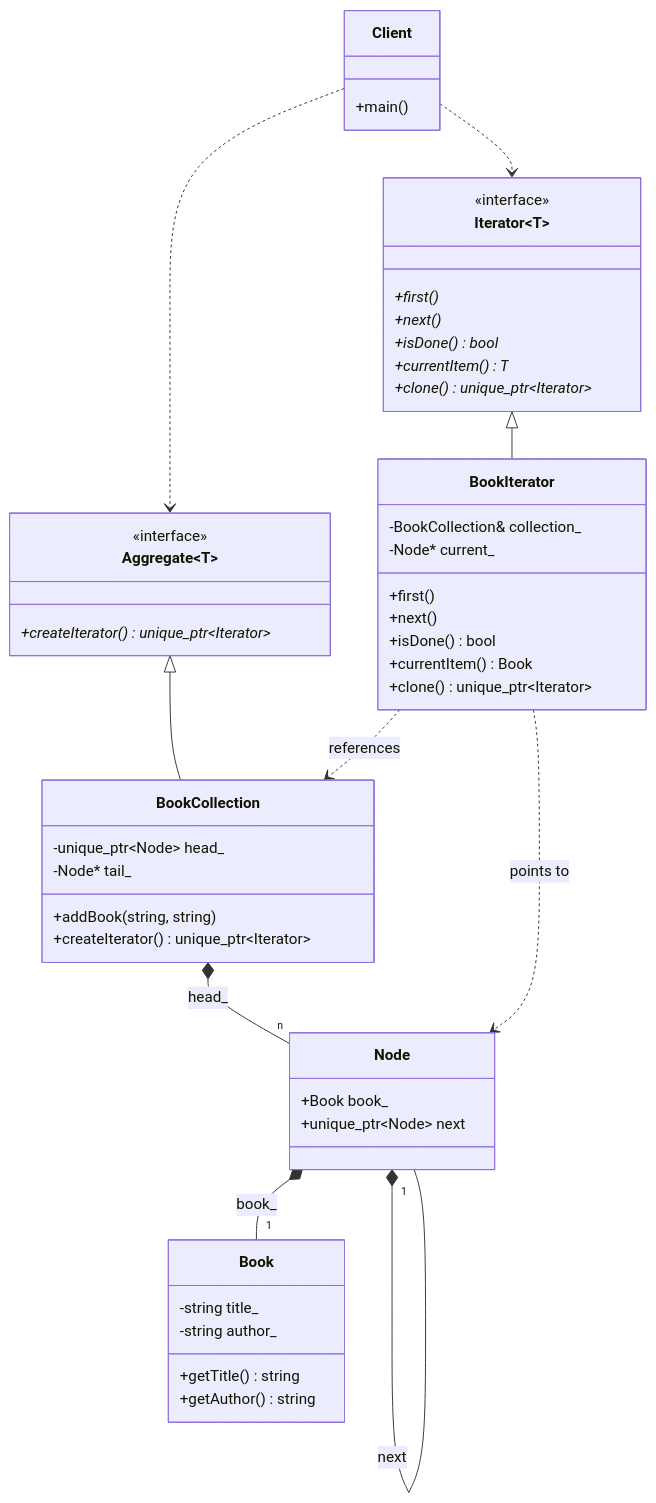
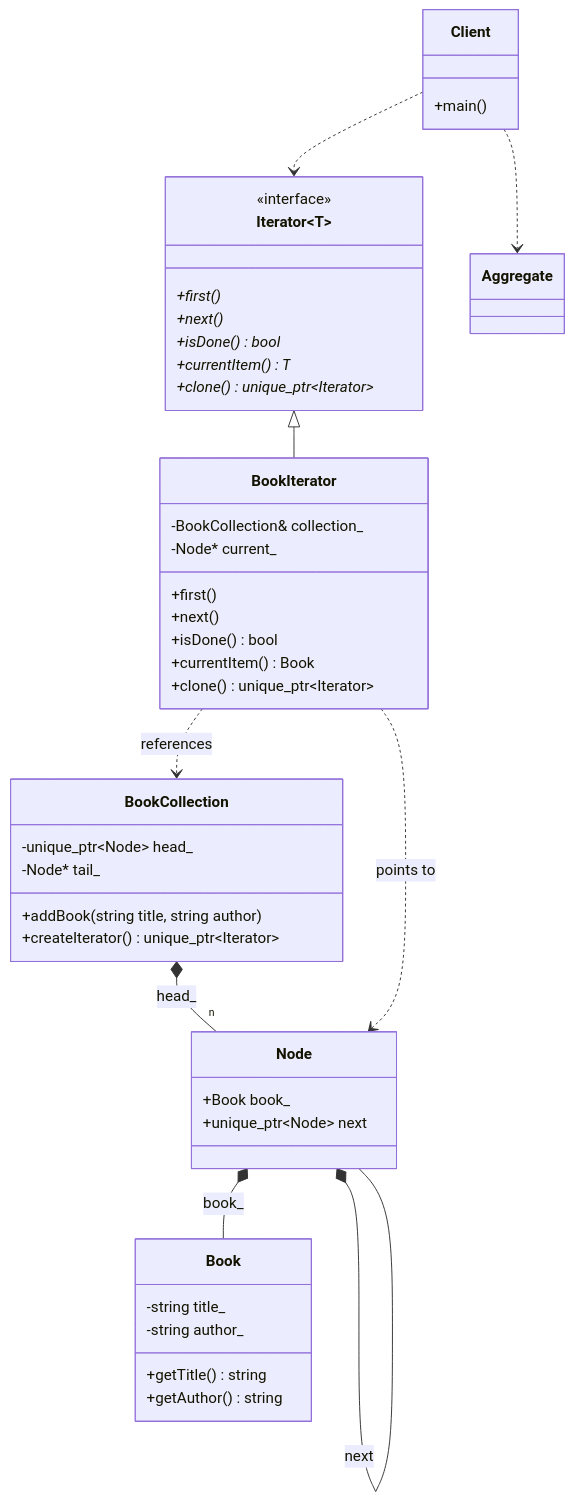
The diagram in 21_Iterator/Iterator_GoF/diagram.md (Cichlidfishexigency721/Modern-CPP-Design-Patterns), drawn with Mermaid before and after one commit. The commit also changed 1 other file, not shown here.

Commit message:
Improvement in UML

````diff
--- a/21_Iterator/Iterator_GoF/diagram.md
+++ b/21_Iterator/Iterator_GoF/diagram.md
@@ -3,62 +3,56 @@
 ```mermaid
 classDiagram
     class Book {
         -string title_
         -string author_
         +getTitle() string
         +getAuthor() string
-    }
-
-    class Node {
-        +Book book_
-        +unique_ptr~Node~ next
     }
 
     class Iterator~T~ {
         <<interface>>
         +first()*
         +next()*
         +isDone()* bool
         +currentItem()* T
         +clone()* unique_ptr~Iterator~
     }
 
-    class Aggregate~T~ {
-        <<interface>>
-        +createIterator()* unique_ptr~Iterator~
+    class Node {
+        +Book book_
+        +unique_ptr~Node~ next
     }
 
     class BookCollection {
         -unique_ptr~Node~ head_
         -Node* tail_
-        +addBook(string, string)
+        +addBook(string title, string author)
         +createIterator() unique_ptr~Iterator~
     }
 
     class BookIterator {
         -BookCollection& collection_
         -Node* current_
         +first()
         +next()
         +isDone() bool
         +currentItem() Book
         +clone() unique_ptr~Iterator~
     }
 
     class Client {
         +main()
     }
 
-    Aggregate~Book~ <|-- BookCollection
     Iterator~Book~ <|-- BookIterator
 
     BookCollection *-- "n" Node : head_
-    Node *-- "1" Book : book_
-    Node *-- "1" Node : next
+    Node *-- Book : book_
+    Node *-- Node : next
 
     BookIterator ..> BookCollection : references
     BookIterator ..> Node : points to
     
     Client ..> Aggregate
     Client ..> Iterator
 ```
````
